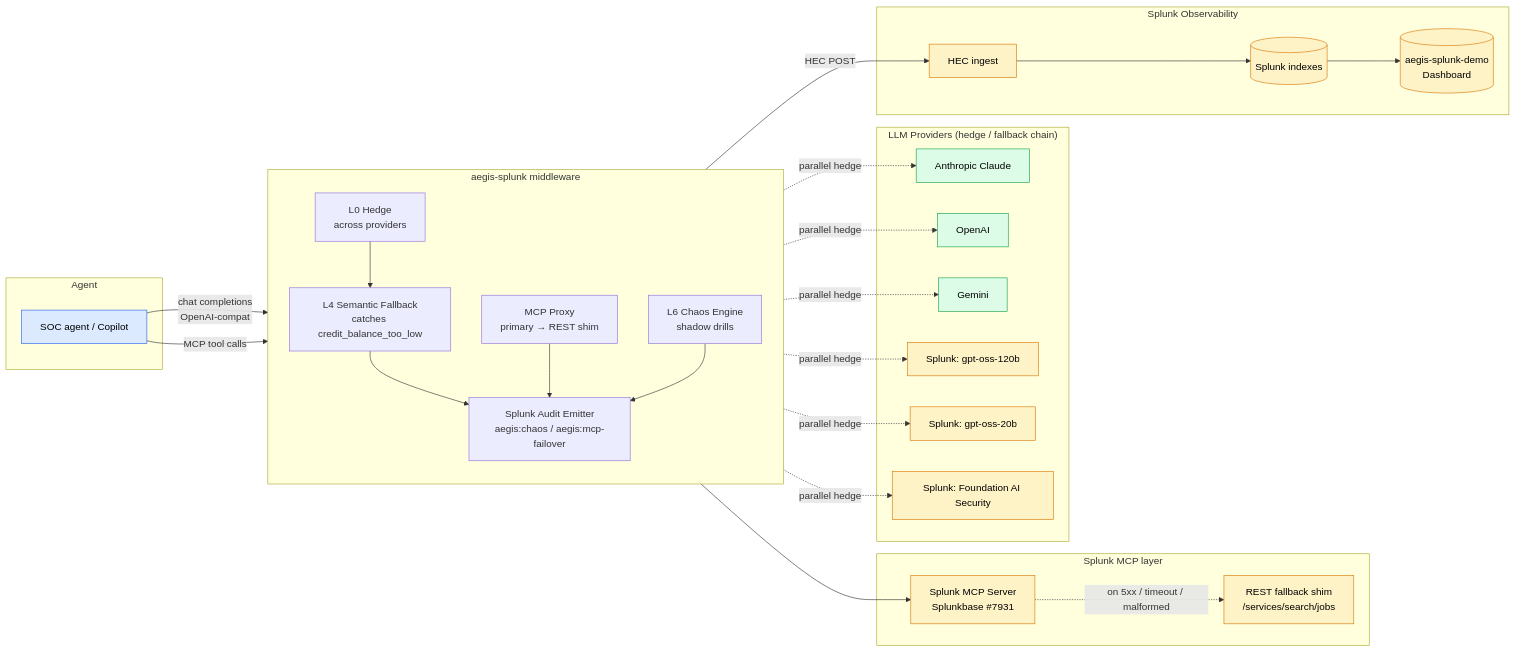
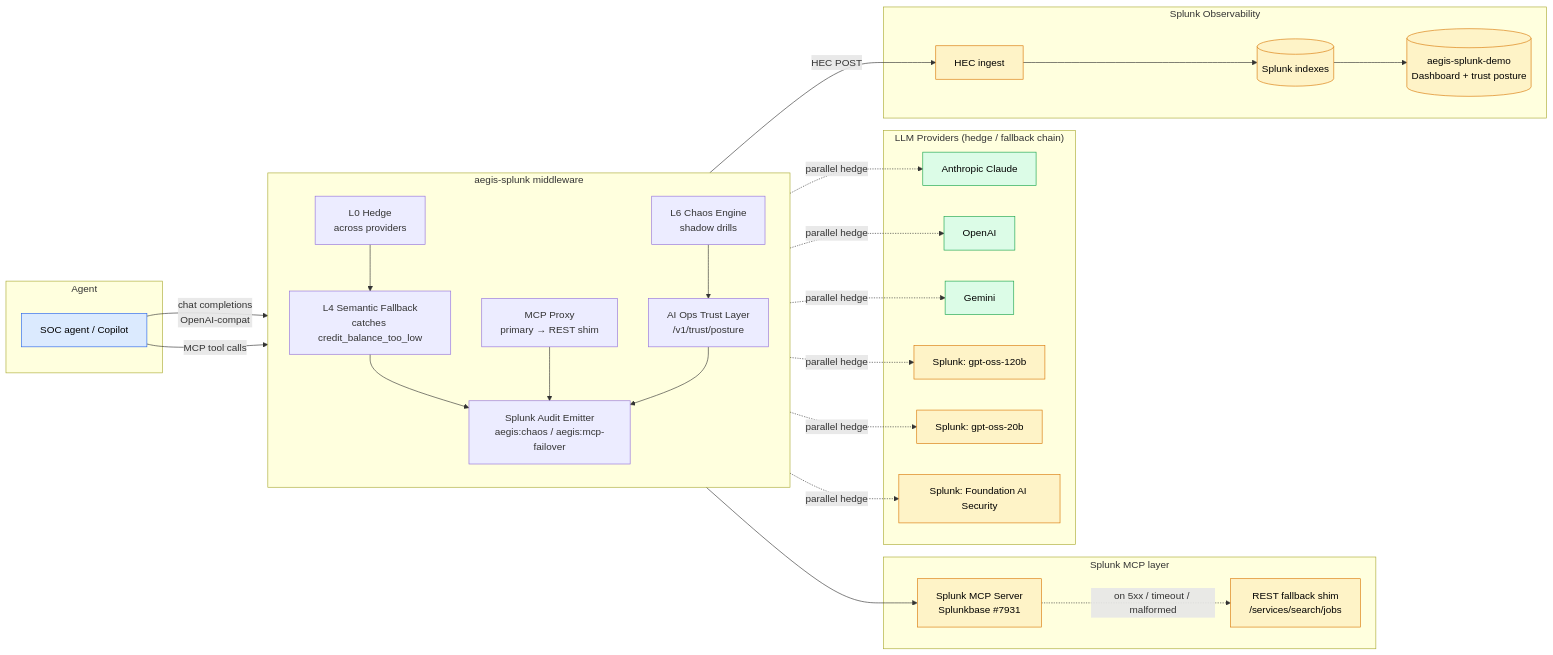
The diagram in architecture_diagram.md (Hokutoman00/aegis-splunk), drawn with Mermaid before and after one commit. The commit also changed other lines of this file and 36 other files, not shown here.

First line of the commit message:
feat: AI Ops Trust Layer + 111 tests + README sync (102→111)

````diff
--- a/architecture_diagram.md
+++ b/architecture_diagram.md
@@ -7,60 +7,62 @@
 ```mermaid
 flowchart LR
     subgraph Agent[" Agent  "]
         A1[SOC agent / Copilot]
     end
 
     subgraph Aegis[" aegis-splunk middleware  "]
         direction TB
         H[L0 Hedge<br/>across providers]
         F[L4 Semantic Fallback<br/>catches credit_balance_too_low]
         M[MCP Proxy<br/>primary → REST shim]
         C[L6 Chaos Engine<br/>shadow drills]
+        T[AI Ops Trust Layer<br/>/v1/trust/posture]
         AU[Splunk Audit Emitter<br/>aegis:chaos / aegis:mcp-failover]
         H --> F
         F --> AU
         M --> AU
-        C --> AU
+        C --> T
+        T --> AU
     end
 
     subgraph Providers[" LLM Providers (hedge / fallback chain)  "]
         P1[Anthropic Claude]
         P2[OpenAI]
         P3[Gemini]
         P4[Splunk: gpt-oss-120b]
         P5[Splunk: gpt-oss-20b]
         P6[Splunk: Foundation AI Security]
     end
 
     subgraph SplunkMCP[" Splunk MCP layer  "]
         SM1[Splunk MCP Server<br/>Splunkbase #7931]
         SM2[REST fallback shim<br/>/services/search/jobs]
         SM1 -. on 5xx / timeout / malformed .-> SM2
     end
 
     subgraph SplunkObs[" Splunk Observability  "]
         HEC[HEC ingest]
-        DB[(aegis-splunk-demo<br/>Dashboard)]
+        DB[(aegis-splunk-demo<br/>Dashboard + trust posture)]
         IDX[(Splunk indexes)]
         HEC --> IDX
         IDX --> DB
     end
 
     A1 -->|chat completions<br/>OpenAI-compat| H
     A1 -->|MCP tool calls| M
     H -. parallel hedge .-> P1
     H -. parallel hedge .-> P2
     H -. parallel hedge .-> P3
     H -. parallel hedge .-> P4
     H -. parallel hedge .-> P5
     H -. parallel hedge .-> P6
     M --> SM1
     AU -->|HEC POST| HEC
 
     classDef splunk fill:#fef3c7,stroke:#d97706,color:#000
     classDef agent fill:#dbeafe,stroke:#2563eb,color:#000
     classDef provider fill:#dcfce7,stroke:#16a34a,color:#000
     class SM1,SM2,HEC,DB,IDX,P4,P5,P6 splunk
     class A1 agent
     class P1,P2,P3 provider
 ```
````
